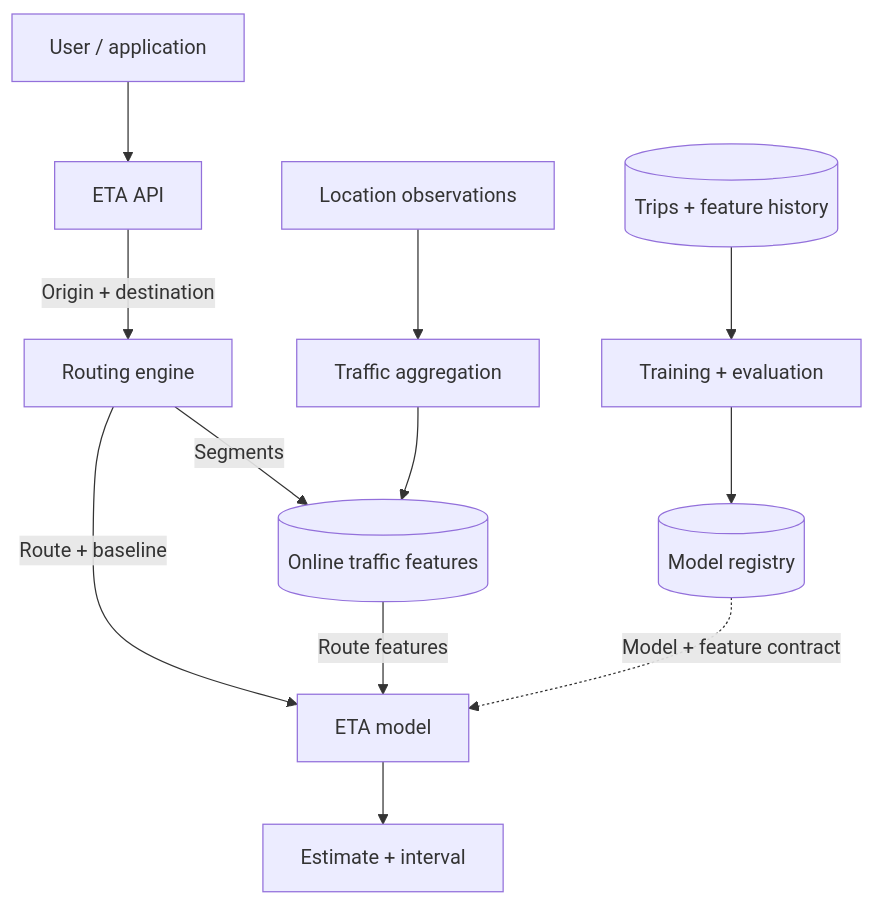
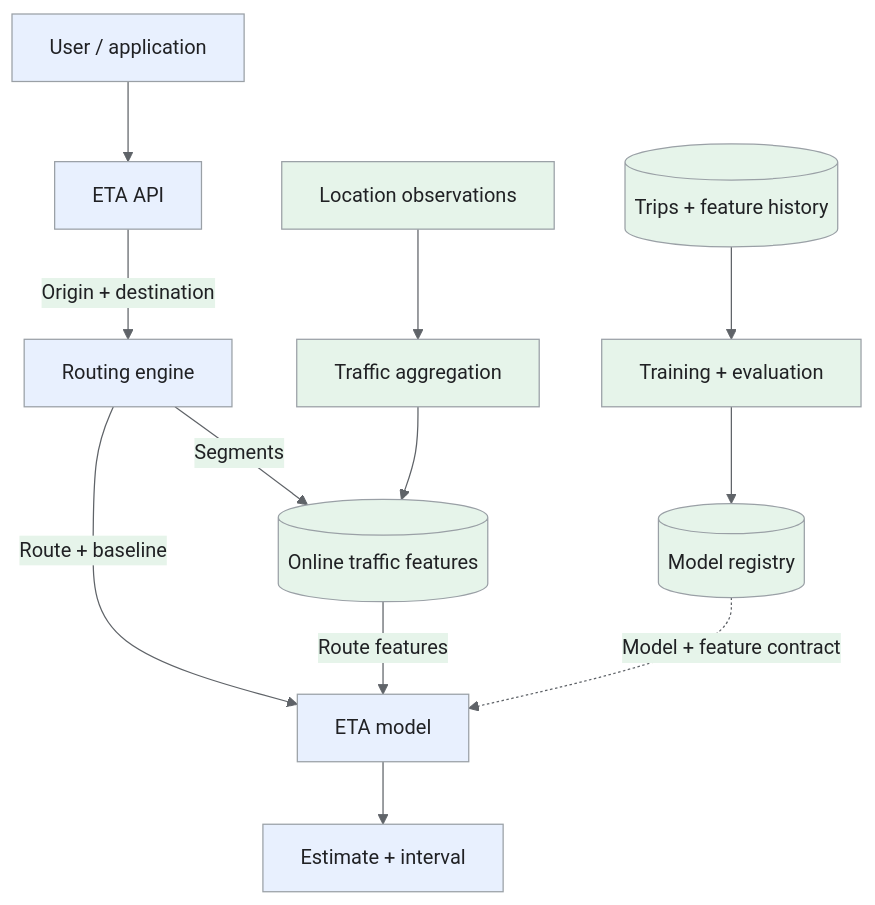
One commit to iliazlobin/iliazlobin.github.io changed the first of 4 diagrams in _designs/ml-system-design-eta-arrival-time-prediction.md. Above: the diagram before and after it, drawn with Mermaid. The commit also changed other lines of this file and 25 other files, not shown here.

Commit message:
docs: explain Batch B design flows and tradeoffs

````diff
--- a/_designs/ml-system-design-eta-arrival-time-prediction.md
+++ b/_designs/ml-system-design-eta-arrival-time-prediction.md
@@ -133,14 +148,21 @@
 ```mermaid
+%%{init: {'theme':'base','themeVariables':{'primaryColor':'#e8f0fe','primaryTextColor':'#202124','primaryBorderColor':'#9aa0a6','lineColor':'#5f6368','secondaryColor':'#e6f4ea','tertiaryColor':'#fef7e0','actorBkg':'#e8f0fe','actorBorder':'#9aa0a6','actorTextColor':'#202124','noteBkgColor':'#fef7e0','noteTextColor':'#202124','noteBorderColor':'#9aa0a6','signalColor':'#5f6368','signalTextColor':'#202124','labelBoxBkgColor':'#fef7e0','labelBoxBorderColor':'#9aa0a6'}}}%%
 flowchart TB
   U["User / application"] --> API["ETA API"]
   API -->|"Origin + destination"| ROUTE["Routing engine"]
   ROUTE -->|"Route + baseline"| MODEL["ETA model"]
   ROUTE -->|"Segments"| FEATURES[("Online traffic features")]
   FEATURES -->|"Route features"| MODEL
   MODEL --> RESULT["Estimate + interval"]
   GPS["Location observations"] --> AGG["Traffic aggregation"]
   AGG --> FEATURES
   TRIPS[("Trips + feature history")] --> TRAIN["Training + evaluation"]
   TRAIN --> REG[("Model registry")]
   REG -.->|"Model + feature contract"| MODEL
+classDef request fill:#e8f0fe,stroke:#9aa0a6,color:#202124;
+classDef data fill:#e6f4ea,stroke:#9aa0a6,color:#202124;
+classDef control fill:#fef7e0,stroke:#9aa0a6,color:#202124;
+class U,API,ROUTE,MODEL,RESULT request;
+class FEATURES,GPS,AGG,TRIPS,TRAIN,REG data;
+
 ```
````
